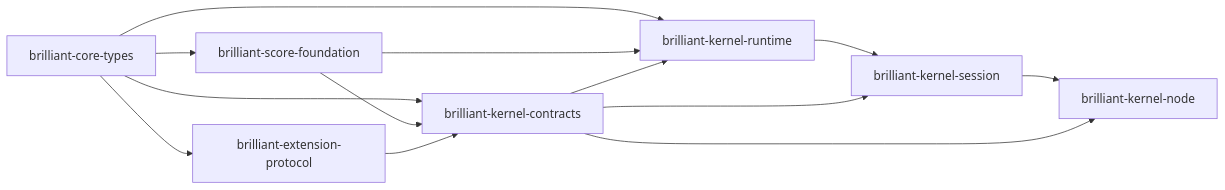
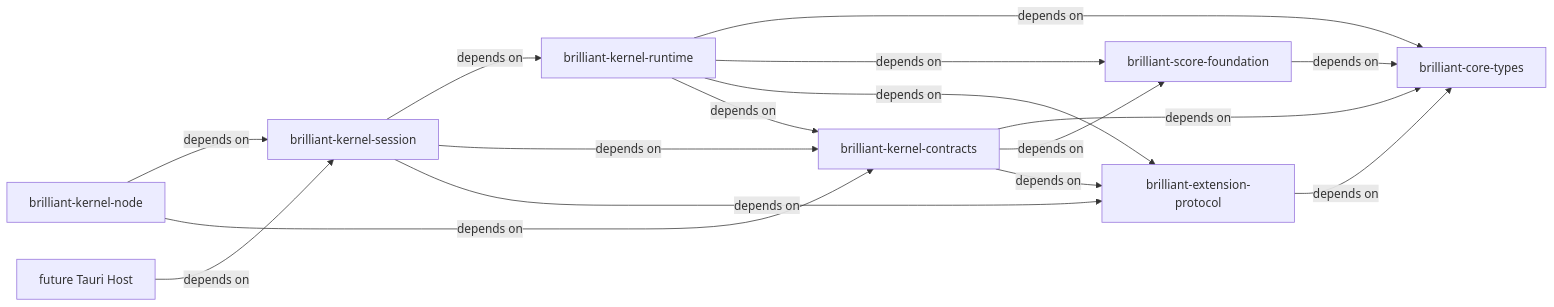
One commit to FFFAKKK/Brilliant-Guitar changed the first of 2 diagrams in .trellis/tasks/08-24-rkp-2-indexed-live-score-store-load-encode-parity/design.md. Above: the diagram before and after it, drawn with Mermaid. The commit also changed other lines of this file and 8 other files, not shown here.

````diff
--- a/.trellis/tasks/08-24-rkp-2-indexed-live-score-store-load-encode-parity/design.md
+++ b/.trellis/tasks/08-24-rkp-2-indexed-live-score-store-load-encode-parity/design.md
@@ -18,23 +18,27 @@
 ```mermaid
 flowchart LR
   CT[brilliant-core-types]
   SF[brilliant-score-foundation]
   EP[brilliant-extension-protocol]
   KC[brilliant-kernel-contracts]
   KR[brilliant-kernel-runtime]
   KS[brilliant-kernel-session]
   KN[brilliant-kernel-node]
+  Tauri[future Tauri Host]
 
-  CT --> SF
-  CT --> EP
-  CT --> KC
-  SF --> KC
-  EP --> KC
-  CT --> KR
-  SF --> KR
-  KC --> KR
-  KR --> KS
-  KC --> KS
-  KS --> KN
-  KC --> KN
+  SF -->|depends on| CT
+  EP -->|depends on| CT
+  KC -->|depends on| CT
+  KC -->|depends on| SF
+  KC -->|depends on| EP
+  KR -->|depends on| CT
+  KR -->|depends on| SF
+  KR -->|depends on| EP
+  KR -->|depends on| KC
+  KS -->|depends on| KR
+  KS -->|depends on| KC
+  KS -->|depends on| EP
+  KN -->|depends on| KS
+  KN -->|depends on| KC
+  Tauri -->|depends on| KS
 ```
````
